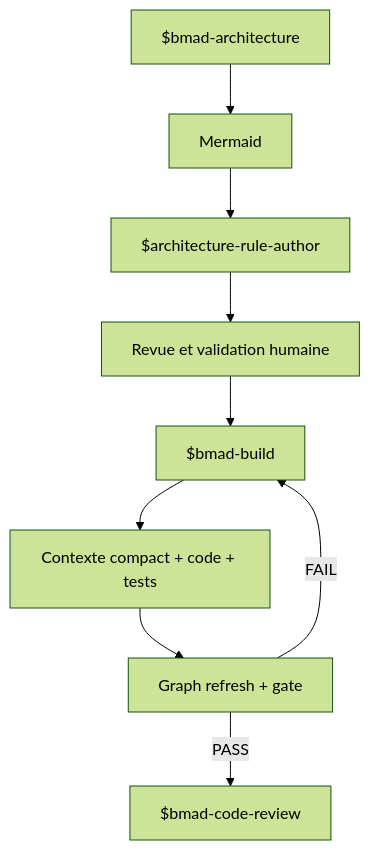
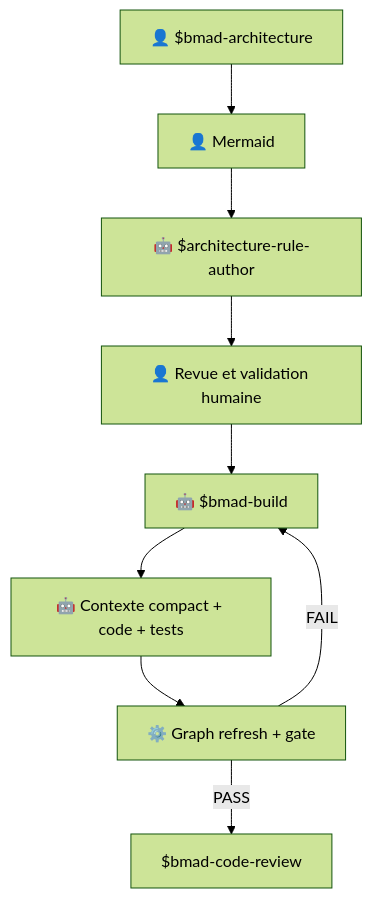
Before and after one commit to Jeandavidnelson/Harness: the third of 3 diagrams in documentation/INSTALLATION_ORCHESTRATEURS.md, drawn with Mermaid (forest theme). The commit also changed other lines of this file and 7 other files, not shown here.

````diff
--- a/documentation/INSTALLATION_ORCHESTRATEURS.md
+++ b/documentation/INSTALLATION_ORCHESTRATEURS.md
@@ -232,11 +320,11 @@
 ```mermaid
 flowchart TD
-    A["$bmad-architecture"] --> M["Mermaid"]
-    M --> R["$architecture-rule-author"]
-    R --> H["Revue et validation humaine"]
-    H --> B["$bmad-build"]
-    B --> C["Contexte compact + code + tests"]
-    C --> G["Graph refresh + gate"]
+    A["👤 $bmad-architecture"] --> M["👤 Mermaid"]
+    M --> R["🤖 $architecture-rule-author"]
+    R --> H["👤 Revue et validation humaine"]
+    H --> B["🤖 $bmad-build"]
+    B --> C["🤖 Contexte compact + code + tests"]
+    C --> G["⚙️ Graph refresh + gate"]
     G -->|"FAIL"| B
     G -->|"PASS"| V["$bmad-code-review"]
 ```
````
